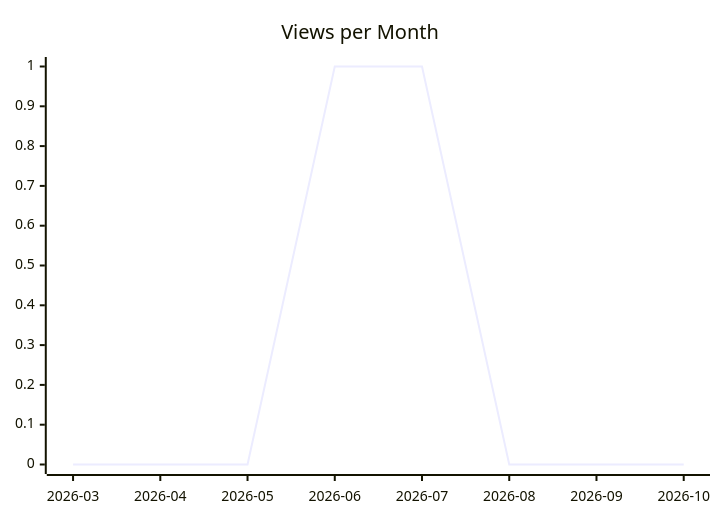
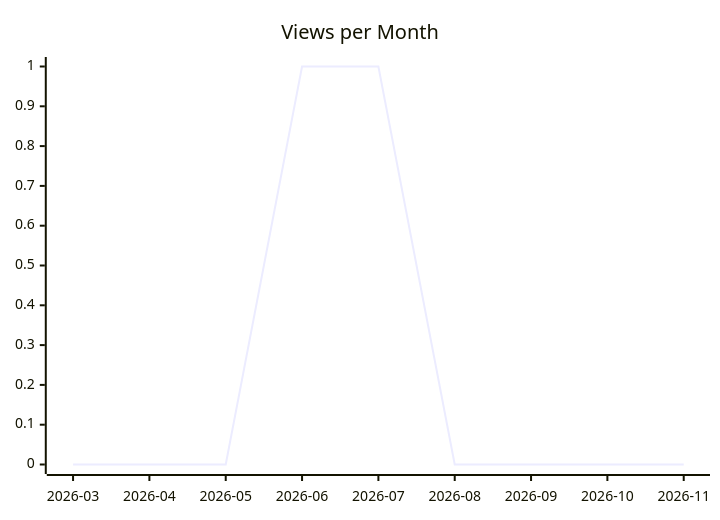
Before and after one commit to justdavis-family/github-analytics-data: the second of 3 diagrams in karlmdavis/m2e-core/README.md, drawn with Mermaid. The commit also changed other lines of this file and 201 other files, not shown here.

````diff
--- a/karlmdavis/m2e-core/README.md
+++ b/karlmdavis/m2e-core/README.md
@@ -12,6 +12,6 @@
 ```mermaid
 xychart-beta
   title "Views per Month"
-  x-axis ["2026-03", "2026-04", "2026-05", "2026-06", "2026-07", "2026-08", "2026-09", "2026-10"]
-  line [0, 0, 0, 1, 1, 0, 0, 0]
+  x-axis ["2026-03", "2026-04", "2026-05", "2026-06", "2026-07", "2026-08", "2026-09", "2026-10", "2026-11"]
+  line [0, 0, 0, 1, 1, 0, 0, 0, 0]
 ```
````
